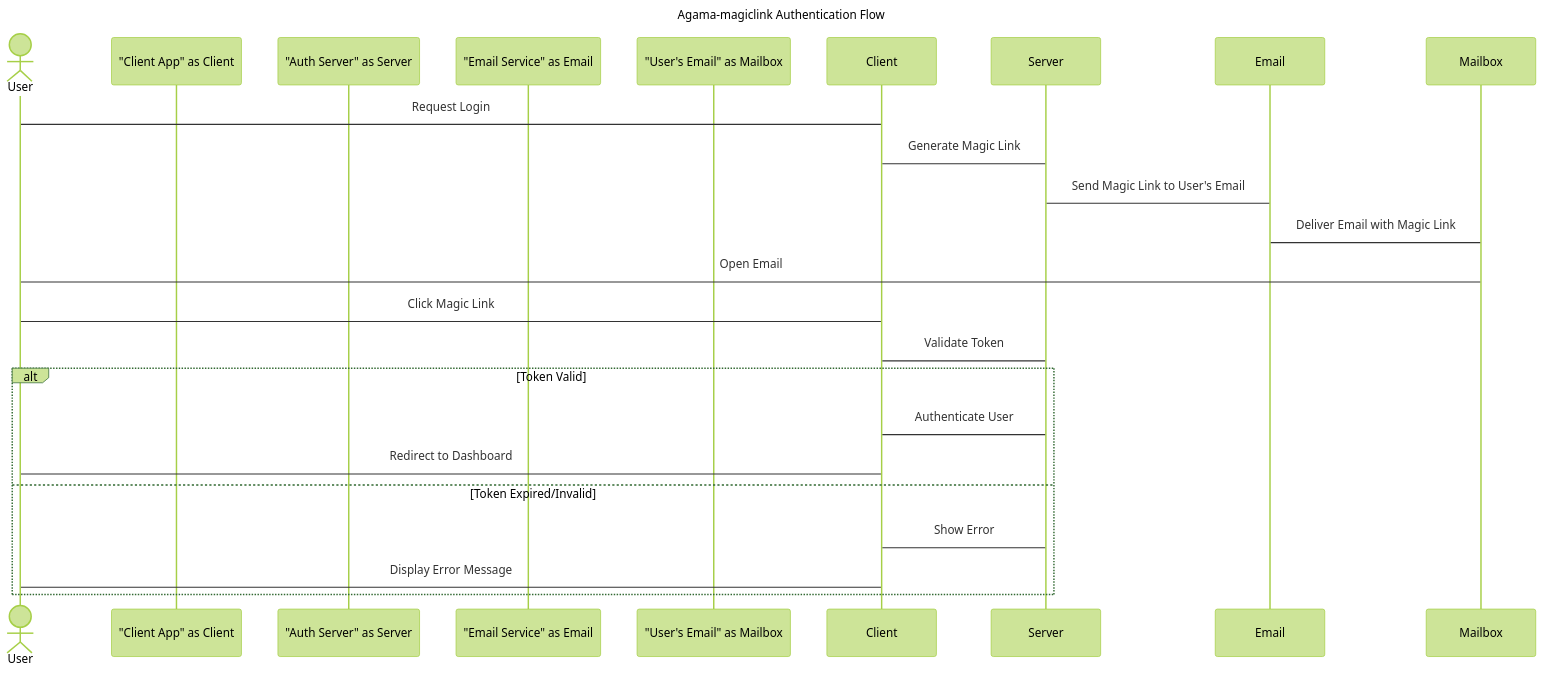
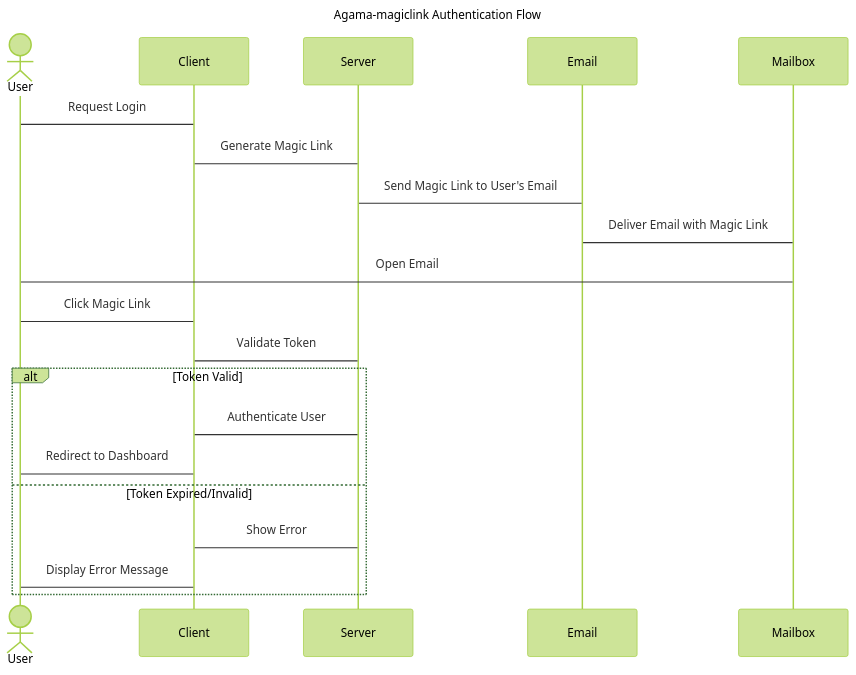
Before and after one commit to GluuFederation/agama-magiclink: the diagram in README.md, drawn with Mermaid (forest theme). The commit also changed other lines of this file, not shown here.

````diff
--- a/README.md
+++ b/README.md
@@ -132,28 +132,28 @@
 ```mermaid
 sequenceDiagram
 
 title Agama-magiclink Authentication Flow
 
 actor User
-participant "Client App" as Client
-participant "Auth Server" as Server
-participant "Email Service" as Email
-participant "User's Email" as Mailbox
+participant Client
+participant Server
+participant Email
+participant Mailbox
 
 User -> Client: Request Login
 Client -> Server: Generate Magic Link
 Server -> Email: Send Magic Link to User's Email
 Email -> Mailbox: Deliver Email with Magic Link
 
 User -> Mailbox: Open Email
 User -> Client: Click Magic Link
 Client -> Server: Validate Token
 alt Token Valid
     Server -> Client: Authenticate User
     Client -> User: Redirect to Dashboard
 else Token Expired/Invalid
     Server -> Client: Show Error
     Client -> User: Display Error Message
 end
 
 ```
````
